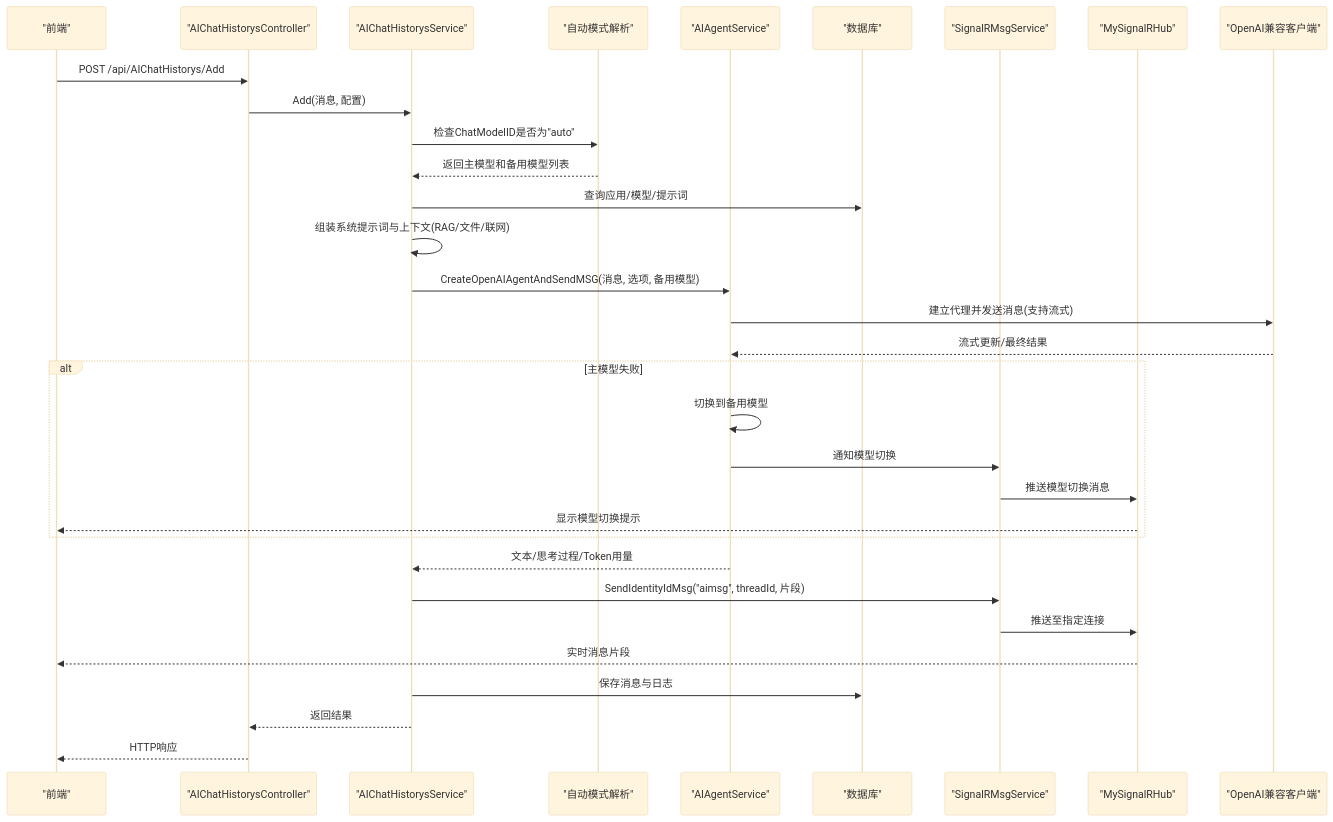
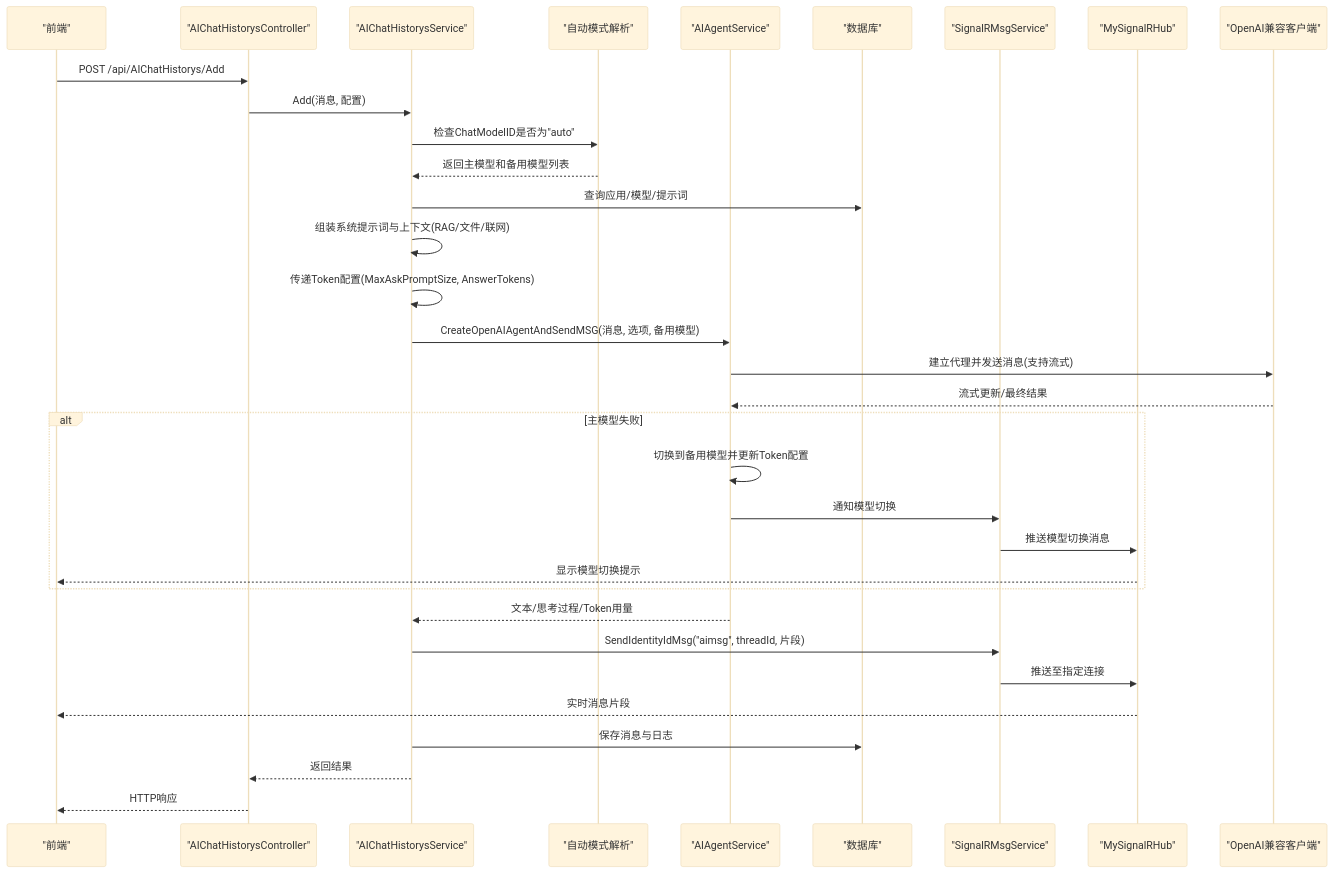
One commit to junkai-li/NetCoreKevin changed the second of 7 diagrams in .qoder/repowiki/zh/content/核心模块/AI智能助手/聊天对话.md. Above: the diagram before and after it, drawn with Mermaid (base theme). The commit also changed other lines of this file and 41 other files, not shown here.

````diff
--- a/.qoder/repowiki/zh/content/核心模块/AI智能助手/聊天对话.md
+++ b/.qoder/repowiki/zh/content/核心模块/AI智能助手/聊天对话.md
@@ -89,34 +94,35 @@
 ```mermaid
 sequenceDiagram
 participant FE as "前端"
 participant Ctrl as "AIChatHistorysController"
 participant Svc as "AIChatHistorysService"
 participant Auto as "自动模式解析"
 participant Agent as "AIAgentService"
 participant DB as "数据库"
 participant SR as "SignalRMsgService"
 participant Hub as "MySignalRHub"
 participant OA as "OpenAI兼容客户端"
 FE->>Ctrl : POST /api/AIChatHistorys/Add
 Ctrl->>Svc : Add(消息, 配置)
 Svc->>Auto : 检查ChatModelID是否为"auto"
 Auto-->>Svc : 返回主模型和备用模型列表
 Svc->>DB : 查询应用/模型/提示词
 Svc->>Svc : 组装系统提示词与上下文(RAG/文件/联网)
+Svc->>Svc : 传递Token配置(MaxAskPromptSize, AnswerTokens)
 Svc->>Agent : CreateOpenAIAgentAndSendMSG(消息, 选项, 备用模型)
 Agent->>OA : 建立代理并发送消息(支持流式)
 OA-->>Agent : 流式更新/最终结果
 alt 主模型失败
-Agent->>Agent : 切换到备用模型
+Agent->>Agent : 切换到备用模型并更新Token配置
 Agent->>SR : 通知模型切换
 SR->>Hub : 推送模型切换消息
 Hub-->>FE : 显示模型切换提示
 end
 Agent-->>Svc : 文本/思考过程/Token用量
 Svc->>SR : SendIdentityIdMsg("aimsg", threadId, 片段)
 SR->>Hub : 推送至指定连接
 Hub-->>FE : 实时消息片段
 Svc->>DB : 保存消息与日志
 Svc-->>Ctrl : 返回结果
 Ctrl-->>FE : HTTP响应
 ```
````
